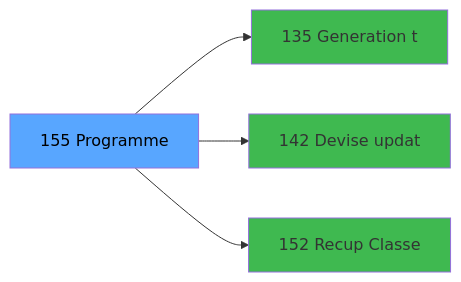
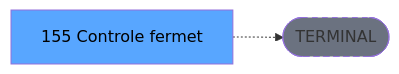
The third of 3 diagrams in .openspec/specs/ADH-IDE-155.md (thonyAGP/lecteur-magic), drawn with Mermaid before and after one commit. The commit also changed other lines of this file and 701 other files, not shown here.

````diff
--- a/.openspec/specs/ADH-IDE-155.md
+++ b/.openspec/specs/ADH-IDE-155.md
@@ -180,14 +154,8 @@
 ```mermaid
 graph LR
-    T[155 Programme]
-    C135[135 Generation t]
-    T --> C135
-    C142[142 Devise updat]
-    T --> C142
-    C152[152 Recup Classe]
-    T --> C152
+    T[155 Controle fermet]
+    TERM([TERMINAL])
+    T -.-> TERM
+    style TERM fill:#6b7280,stroke-dasharray: 5 5
     style T fill:#58a6ff,color:#000
-    style C135 fill:#3fb950
-    style C142 fill:#3fb950
-    style C152 fill:#3fb950
 ```
````
